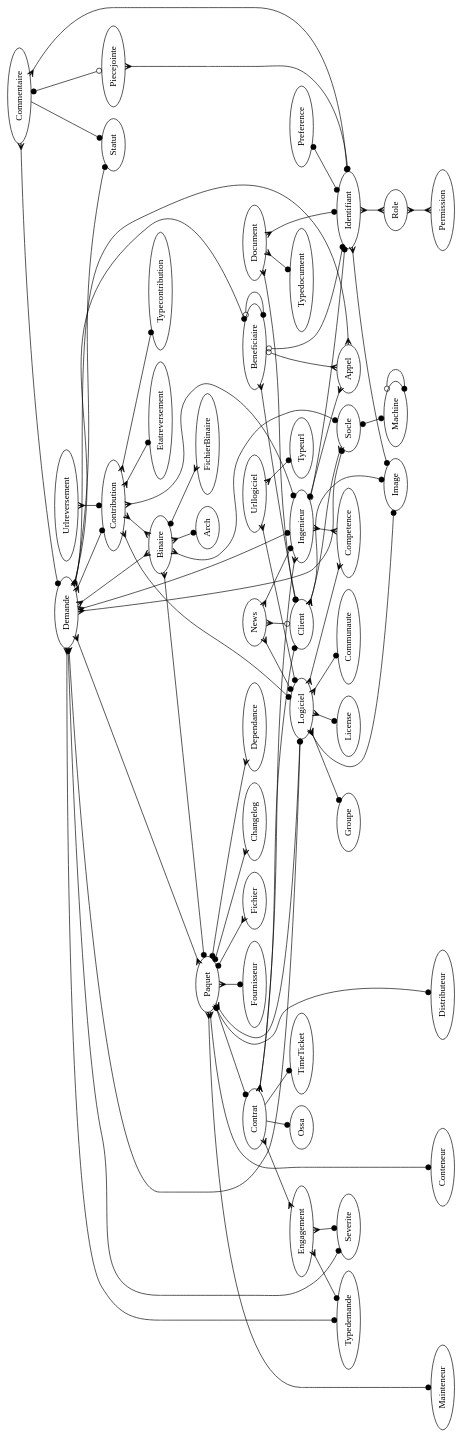
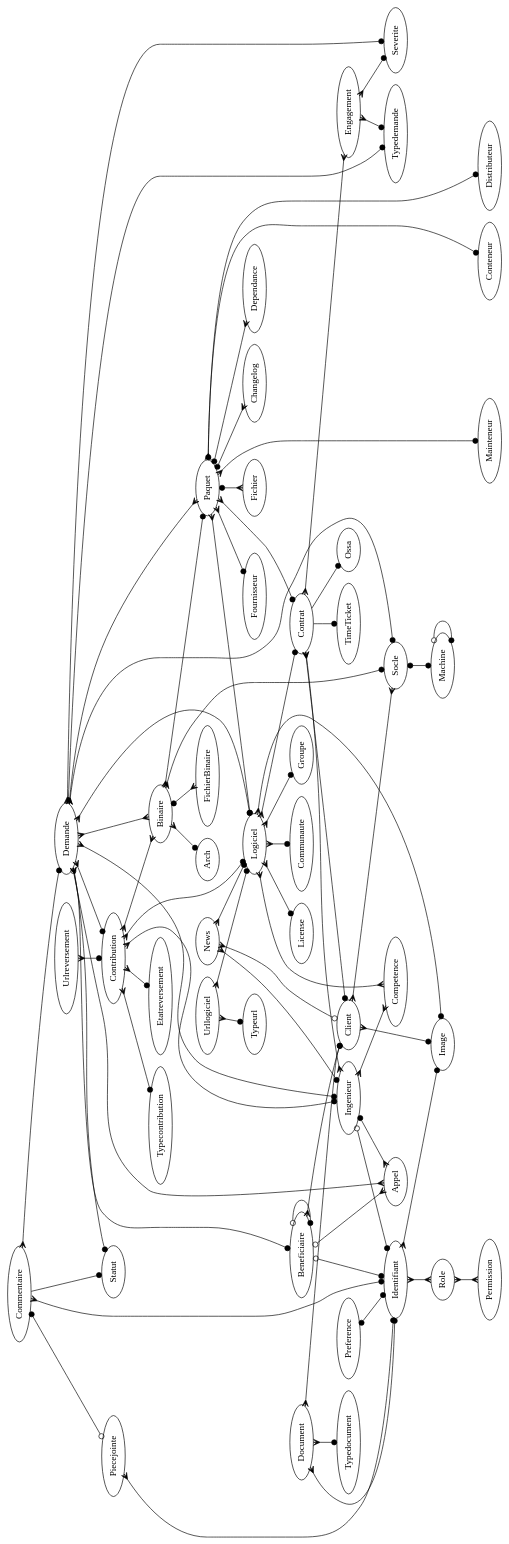
One commit to trivoallan/tosca changed the diagram in doc/modele_donnee.dot. Above: the diagram before and after it, drawn with Graphviz. The commit also changed 8 other files, not shown here.

```diff
--- a/doc/modele_donnee.dot
+++ b/doc/modele_donnee.dot
@@ -1,87 +1,90 @@
 digraph x {
 
 rotate=90;
 
 {rank=max; Distributeur Mainteneur Conteneur }
 
 Binaire -> Paquet [arrowhead=dot,arrowtail=crow,dir=both]
 Binaire -> Socle [arrowhead=dot,dir=both,arrowtail=crow]
 Binaire -> Arch [arrowhead=dot,dir=both,arrowtail=crow]
 Binaire -> FichierBinaire [arrowhead=crow,dir=both,arrowtail=dot]
 
 Beneficiaire -> Identifiant [arrowhead=dot,arrowtail=odot,dir=both]
 Beneficiaire -> Appel [arrowhead=crow,arrowtail=odot,dir=both]
 Beneficiaire -> Client [arrowhead=dot,dir=both,arrowtail=crow]
 Beneficiaire -> Beneficiaire [arrowhead=dot,arrowtail=odot,dir=both]
 
 Client -> Image [arrowhead=dot,dir=both,arrowtail=crow]
 Client -> Socle [arrowhead=crow,dir=both,arrowtail=crow]
 
 Commentaire -> Demande [arrowhead=dot,dir=both,arrowtail=crow]
 Commentaire -> Identifiant [arrowhead=dot,dir=both,arrowtail=crow]
 Commentaire -> Piecejointe [arrowhead=odot,dir=both,arrowtail=dot]
 Commentaire -> Statut [arrowhead=dot]
 
 Contrat -> Client [arrowhead=dot,dir=both,arrowtail=crow]
 Contrat -> Ingenieur [arrowhead=crow,arrowtail=crow,dir=both]
 Contrat -> Engagement [arrowhead=crow,arrowtail=crow,dir=both]
 Contrat -> Ossa [arrowhead=dot,arrowtail=crow]
 Contrat -> TimeTicket [arrowhead=dot,arrowtail=crow]
 
 Identifiant -> Image [arrowhead=dot,dir=both,arrowtail=crow]
 Identifiant -> Role [arrowhead=crow,arrowtail=crow,dir=both]
 Ingenieur -> Competence [arrowhead=crow,arrowtail=crow,dir=both]
 Ingenieur -> Identifiant [arrowhead=dot,arrowtail=odot,dir=both]
 Ingenieur -> Appel [arrowhead=crow,dir=both,arrowtail=dot]
 
 Logiciel -> Competence [arrowhead=crow,arrowtail=crow,dir=both]
 Logiciel -> License [arrowhead=dot,dir=both,arrowtail=crow]
 Logiciel -> Communaute [arrowhead=dot,dir=both,arrowtail=crow]
 Logiciel -> Groupe [arrowhead=dot,dir=both,arrowtail=crow]
 Logiciel -> Image [arrowhead=dot,dir=both,arrowtail=crow]
+Logiciel -> Contrat [arrowhead=dot,dir=both,arrowtail=crow]
+
 
 News -> Ingenieur [arrowhead=dot,dir=both,arrowtail=crow]
 News -> Client [arrowhead=odot,dir=both,arrowtail=crow]
 News -> Logiciel [arrowhead=dot,dir=both,arrowtail=crow]
+
 
 Paquet -> Logiciel [arrowhead=dot,dir=both,arrowtail=crow]
 Paquet -> Fournisseur [arrowhead=dot,dir=both,arrowtail=crow]
 Paquet -> Fichier [arrowhead=crow,dir=both,arrowtail=dot]
 Paquet -> Contrat [arrowhead=dot,dir=both,arrowtail=crow]
 Paquet -> Changelog [arrowhead=crow,dir=both,arrowtail=dot]
 Paquet -> Distributeur [arrowhead=dot,dir=both,arrowtail=dot]
 Paquet -> Dependance [arrowhead=crow,dir=both,arrowtail=dot]
 Paquet -> Mainteneur [arrowhead=dot,dir=both,arrowtail=crow]
 Paquet -> Conteneur [arrowhead=dot,dir=both,arrowtail=crow]
 Preference -> Identifiant [arrowhead=dot,arrowtail=dot,dir=both]
 Socle -> Machine [arrowhead=dot,dir=both,arrowtail=dot]
 Machine -> Machine [arrowhead=dot,dir=both,arrowtail=odot]
 Demande -> Typedemande [arrowhead=dot,dir=both,arrowtail=crow]
 Demande -> Logiciel [arrowhead=dot,dir=both,arrowtail=crow]
 Demande -> Severite [arrowhead=dot,dir=both,arrowtail=crow]
 Demande -> Beneficiaire [arrowhead=dot,dir=both,arrowtail=crow]
 Demande -> Socle [arrowhead=dot,dir=both,arrowtail=crow]
 Demande -> Statut [arrowhead=dot,dir=both,arrowtail=crow]
 Demande -> Ingenieur [arrowhead=dot,dir=both,arrowtail=crow]
 Demande -> Binaire [arrowhead=crow,arrowtail=crow,dir=both]
 Demande -> Paquet [arrowhead=crow,arrowtail=crow,dir=both]
 Demande -> Appel [arrowhead=crow,arrowtail=odot,dir=both]
 Urllogiciel -> Logiciel [arrowhead=dot,dir=both,arrowtail=crow]
 Urllogiciel -> Typeurl [arrowhead=dot,dir=both,arrowtail=crow]
 Engagement -> Severite [arrowhead=dot,dir=both,arrowtail=crow]
 Engagement -> Typedemande [arrowhead=dot,dir=both,arrowtail=crow]
 Role -> Permission [arrowhead=crow,arrowtail=crow,dir=both]
 Contribution -> Binaire [arrowhead=crow,arrowtail=crow,dir=both]
 Urlreversement -> Contribution [arrowhead=dot,dir=both,arrowtail=crow]
 Demande -> Contribution [arrowhead=dot,dir=both,arrowtail=crow]
 Contribution -> Etatreversement [arrowhead=dot,dir=both,arrowtail=crow]
 Contribution -> Typecontribution [arrowhead=dot,dir=both,arrowtail=crow]
 Contribution -> Logiciel [arrowhead=dot,dir=both,arrowtail=crow]
 Contribution -> Ingenieur [arrowhead=dot,dir=both,arrowtail=crow]
 Piecejointe -> Identifiant [arrowtail=crow,dir=both,arrowhead=dot]
 Document -> Client [arrowhead=dot,dir=both,arrowtail=crow]
 Document -> Typedocument [arrowhead=dot,dir=both,arrowtail=crow]
 Document -> Identifiant [arrowhead=dot,dir=both,arrowtail=crow]
 
 
 }
```
